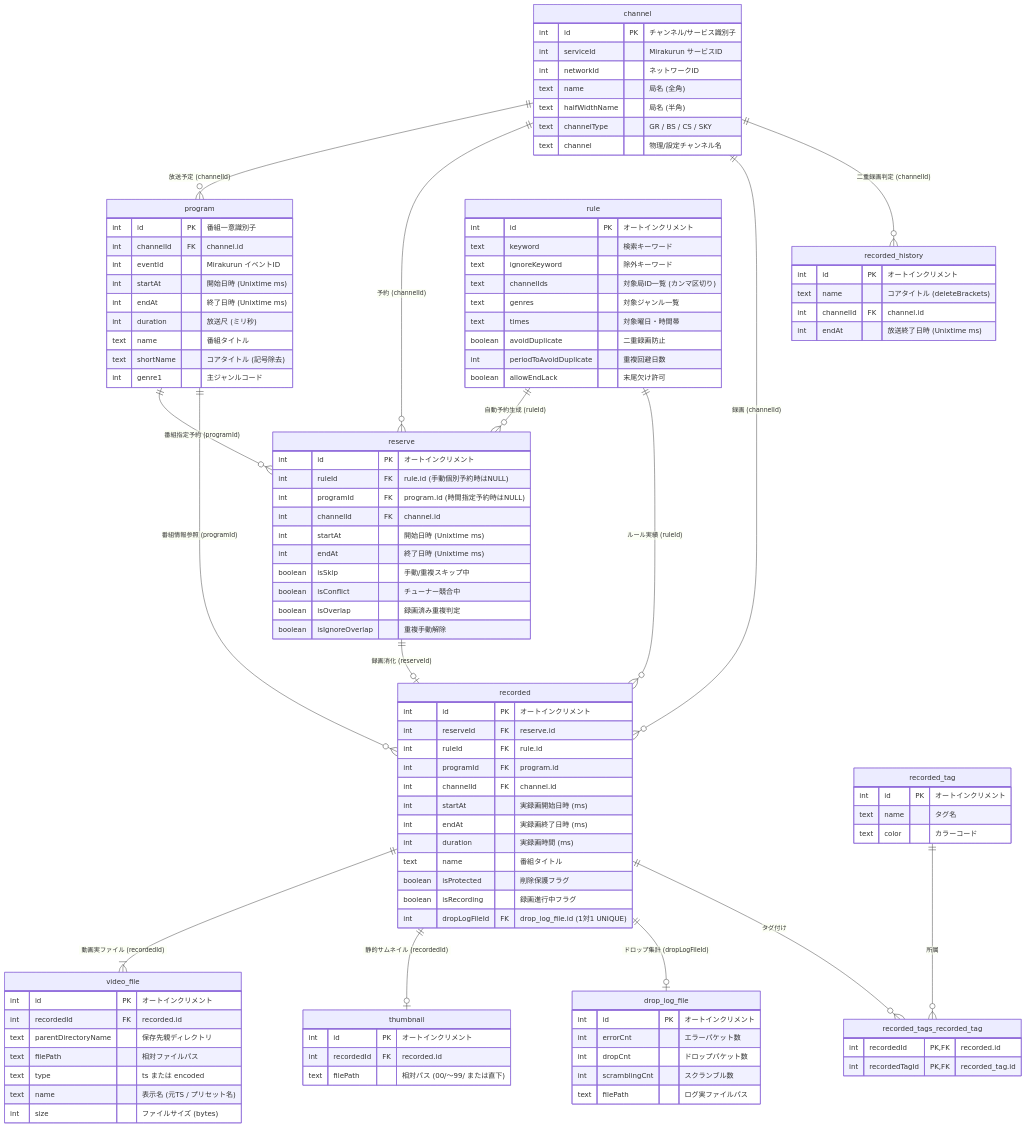
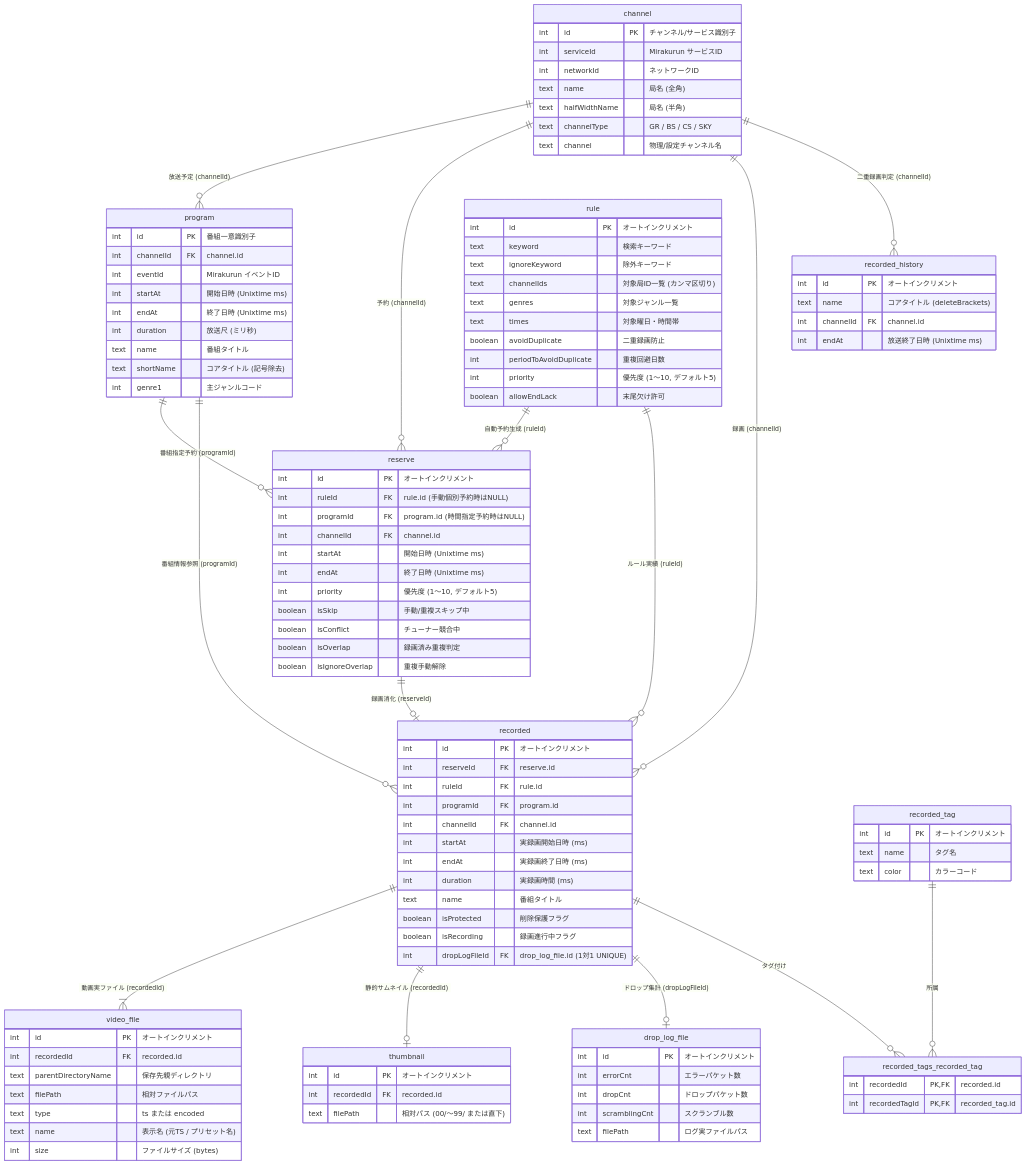
Before and after one commit to knzfujii/EPGDeck: the diagram in docs/dev/database.md, drawn with Mermaid. The commit also changed other lines of this file and 22 other files, not shown here.

```diff
--- a/docs/dev/database.md
+++ b/docs/dev/database.md
@@ -89,6 +89,7 @@
         text times "対象曜日・時間帯"
         boolean avoidDuplicate "二重録画防止"
         int periodToAvoidDuplicate "重複回避日数"
+        int priority "優先度 (1〜10, デフォルト5)"
         boolean allowEndLack "末尾欠け許可"
     }
 
@@ -99,6 +100,7 @@
         int channelId FK "channel.id"
         int startAt "開始日時 (Unixtime ms)"
         int endAt "終了日時 (Unixtime ms)"
+        int priority "優先度 (1〜10, デフォルト5)"
         boolean isSkip "手動/重複スキップ中"
         boolean isConflict "チューナー競合中"
         boolean isOverlap "録画済み重複判定"
```
